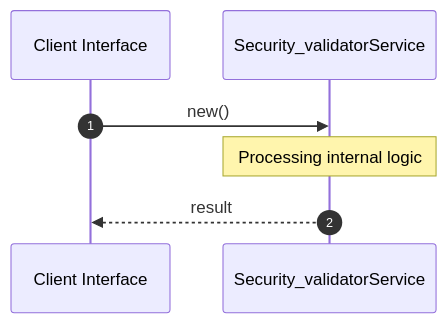
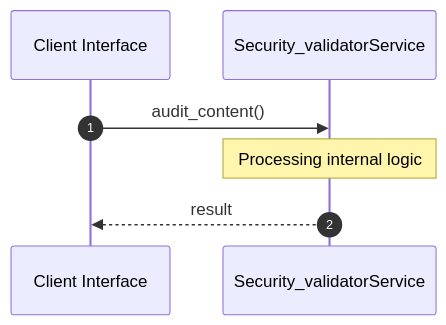
The second of 2 diagrams in openwiki/crates_factory-infrastructure_src_security_validator_rs.md (lgcorzo/rust_CACD_autonomous_factory), drawn with Mermaid before and after one commit. The commit also changed other lines of this file and 76 other files, not shown here.

````diff
--- a/openwiki/crates_factory-infrastructure_src_security_validator_rs.md
+++ b/openwiki/crates_factory-infrastructure_src_security_validator_rs.md
@@ -94,10 +94,10 @@
 ```mermaid
 sequenceDiagram
     autonumber
     participant Caller as Client Interface
     participant Svc as Security_validatorService
-    Caller->>Svc: new()
+    Caller->>Svc: audit_content()
     Note over Svc: Processing internal logic
     Svc-->>Caller: result
 
 ```
````
